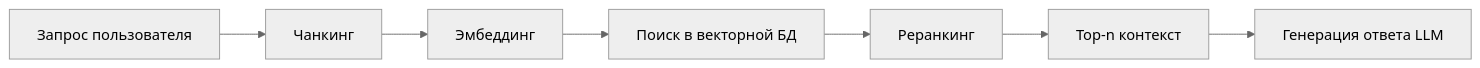
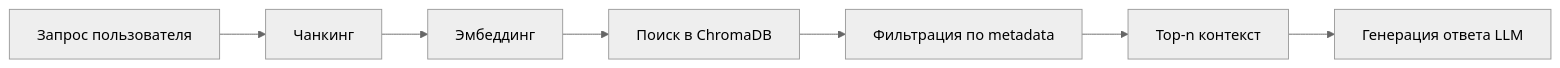
The second of 2 diagrams in ARCHITECTURE.md (semusv/2026-otus-aiarch-lab_03), drawn with Mermaid (neutral theme) before and after one commit. The commit also changed other lines of this file and 2 other files, not shown here.

````diff
--- a/ARCHITECTURE.md
+++ b/ARCHITECTURE.md
@@ -88,9 +67,9 @@
 ```mermaid
 graph LR
     A[Запрос пользователя] --> B[Чанкинг]
     B --> C[Эмбеддинг]
-    C --> D[Поиск в векторной БД]
-    D --> E[Реранкинг]
+    C --> D[Поиск в ChromaDB]
+    D --> E[Фильтрация по metadata]
     E --> F[Top-n контекст]
     F --> G[Генерация ответа LLM]
 ```
````
